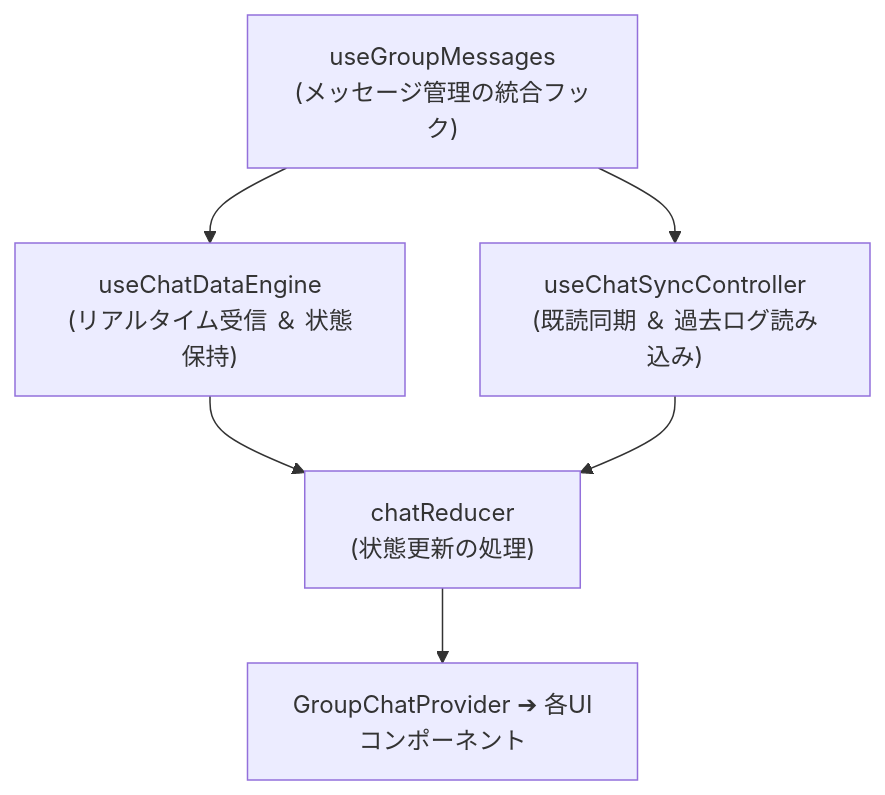
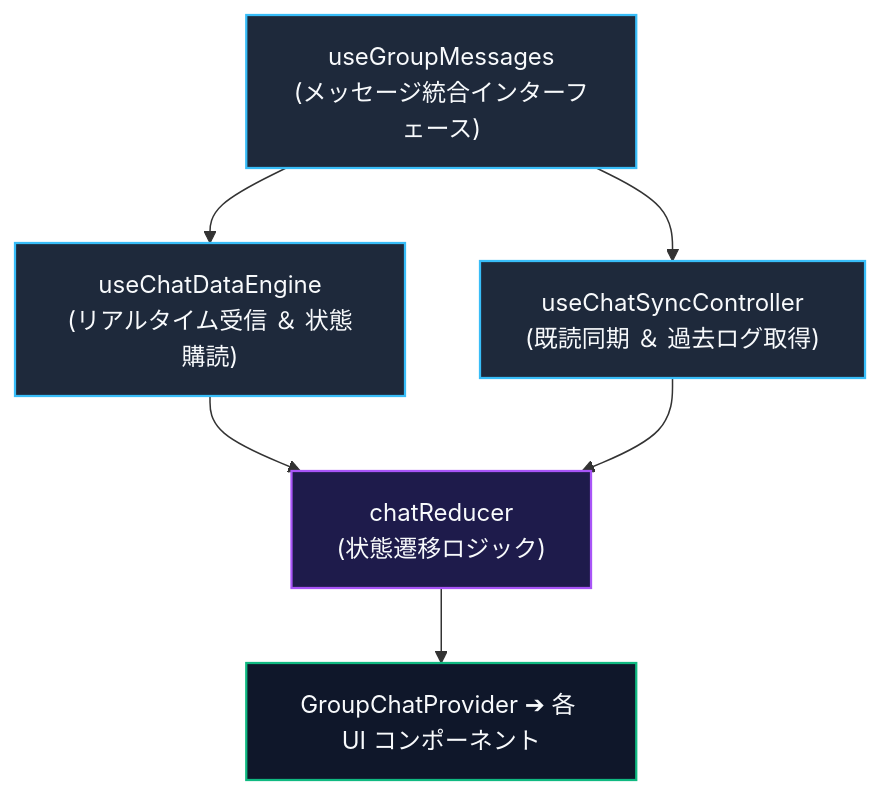
Before and after one commit to ScriptureHabit/scripture-habit: the diagram in docs/ja/groupchat-construction-guide.md, drawn with Mermaid. The commit also changed other lines of this file and 57 other files, not shown here.

Commit message:
docs: refine documentation prose and add structured diagram breakdowns across JA and EN

````diff
--- a/docs/ja/groupchat-construction-guide.md
+++ b/docs/ja/groupchat-construction-guide.md
@@ -46,14 +48,18 @@
 ```mermaid
 flowchart TD
-    useGroupMessages["useGroupMessages<br/>(メッセージ管理の統合フック)"]
-    useChatDataEngine["useChatDataEngine<br/>(リアルタイム受信 ＆ 状態保持)"]
-    useChatSyncController["useChatSyncController<br/>(既読同期 ＆ 過去ログ読み込み)"]
-    chatReducer["chatReducer<br/>(状態更新の処理)"]
-    Provider["GroupChatProvider ➔ 各UIコンポーネント"]
+    classDef hook fill:#1e293b,stroke:#38bdf8,stroke-width:1.5px,color:#f8fafc;
+    classDef reducer fill:#1e1b4b,stroke:#a855f7,stroke-width:1.5px,color:#f8fafc;
+    classDef provider fill:#0f172a,stroke:#10b981,stroke-width:1.5px,color:#f8fafc;
+
+    useGroupMessages["useGroupMessages<br/>(メッセージ統合インターフェース)"]:::hook
+    useChatDataEngine["useChatDataEngine<br/>(リアルタイム受信 ＆ 状態購読)"]:::hook
+    useChatSyncController["useChatSyncController<br/>(既読同期 ＆ 過去ログ取得)"]:::hook
+    chatReducer["chatReducer<br/>(状態遷移ロジック)"]:::reducer
+    Provider["GroupChatProvider ➔ 各 UI コンポーネント"]:::provider
 
     useGroupMessages --> useChatDataEngine
     useGroupMessages --> useChatSyncController
     useChatDataEngine --> chatReducer
     useChatSyncController --> chatReducer
     chatReducer --> Provider
 ```
````
